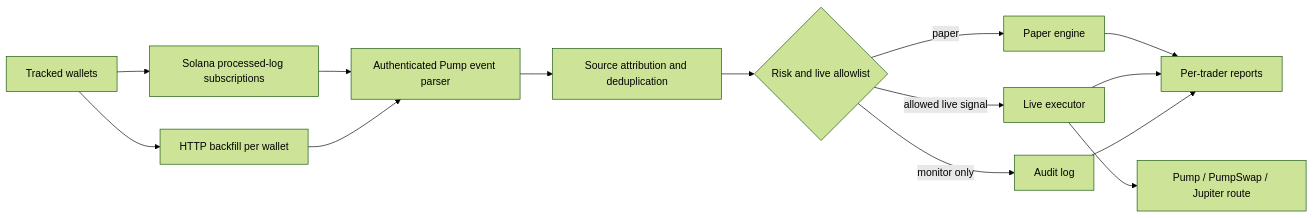
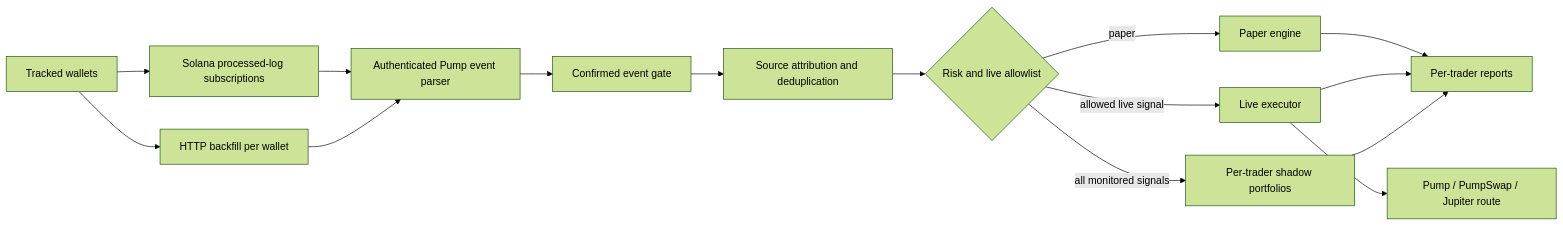
Before and after one commit to murlockwarlock/pumpfun-multi-trader-copybot: the diagram in README.md, drawn with Mermaid (forest theme). The commit also changed other lines of this file and 17 other files, not shown here.

Commit message:
Add confirmed signal gate and trader shadow portfolios

````diff
--- a/README.md
+++ b/README.md
@@ -40,16 +41,17 @@
 ```mermaid
 flowchart LR
     W[Tracked wallets] --> WS[Solana processed-log subscriptions]
     W --> BF[HTTP backfill per wallet]
     WS --> P[Authenticated Pump event parser]
     BF --> P
-    P --> A[Source attribution and deduplication]
+    P --> V[Confirmed event gate]
+    V --> A[Source attribution and deduplication]
     A --> R{Risk and live allowlist}
     R -->|paper| PE[Paper engine]
     R -->|allowed live signal| LE[Live executor]
-    R -->|monitor only| L[Audit log]
+    R -->|all monitored signals| SH[Per-trader shadow portfolios]
     LE --> S[Pump / PumpSwap / Jupiter route]
     PE --> REP[Per-trader reports]
     LE --> REP
-    L --> REP
+    SH --> REP
 ```
````
